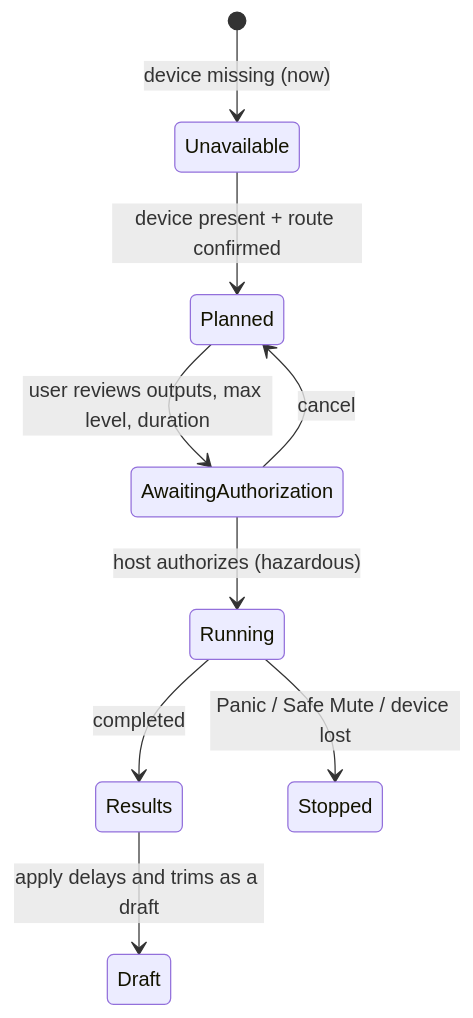
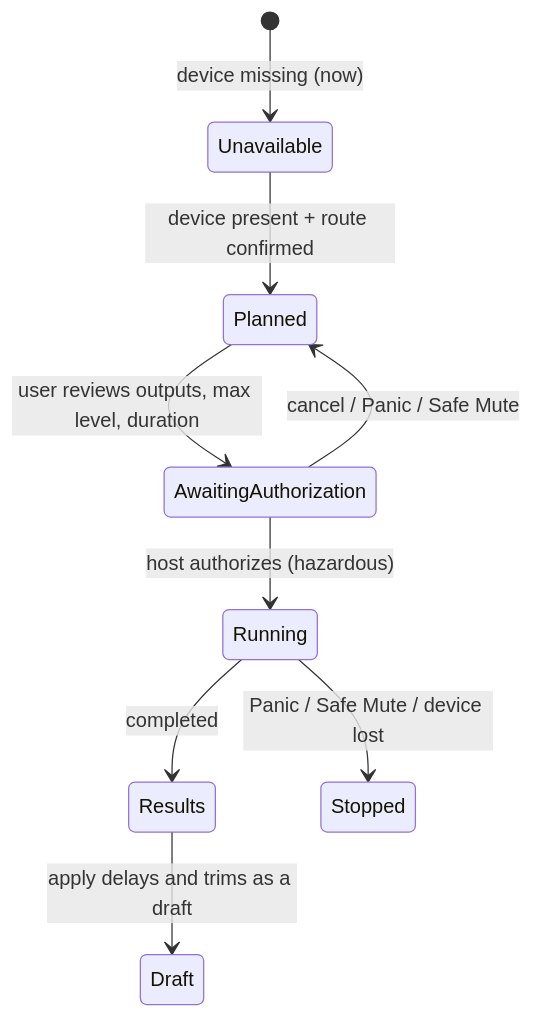
One commit to djensenius/FluxKlang changed the diagram in docs/transformation/workspace-ux/spatial.md. Above: the diagram before and after it, drawn with Mermaid. The commit also changed other lines of this file and 7 other files, not shown here.

First line of the commit message:
fix(spatial): keep device loss through results and cancel pending authorization on stop (#116)

````diff
--- a/docs/transformation/workspace-ux/spatial.md
+++ b/docs/transformation/workspace-ux/spatial.md
@@ -127,11 +127,11 @@
 ```mermaid
 stateDiagram-v2
   [*] --> Unavailable: device missing (now)
   Unavailable --> Planned: device present + route confirmed
   Planned --> AwaitingAuthorization: user reviews outputs, max level, duration
   AwaitingAuthorization --> Running: host authorizes (hazardous)
-  AwaitingAuthorization --> Planned: cancel
+  AwaitingAuthorization --> Planned: cancel / Panic / Safe Mute
   Running --> Results: completed
   Running --> Stopped: Panic / Safe Mute / device lost
   Results --> Draft: apply delays and trims as a draft
 ```
````
